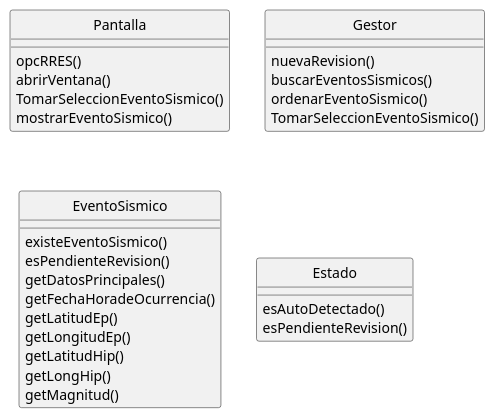
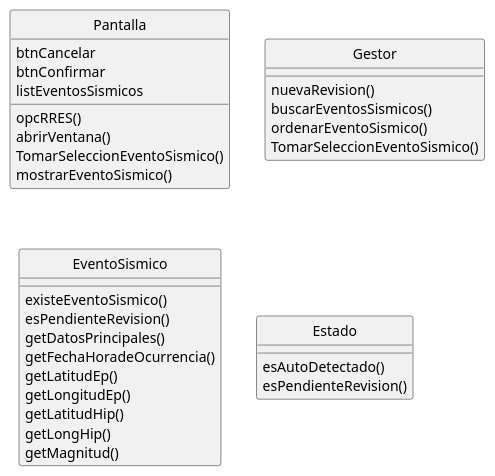
Before and after one commit to milipereyra/prueba1dsw: the diagram in DiagramaClases.puml, drawn with PlantUML.

Commit message:
Agregado de atributos a la clase Pantalla

```diff
--- a/DiagramaClases.puml
+++ b/DiagramaClases.puml
@@ -1,36 +1,39 @@
 @startuml DiagramaClases
 hide circle
 
 Class Pantalla{
+    btnCancelar
+    btnConfirmar
+    listEventosSismicos
     opcRRES()
     abrirVentana()
     TomarSeleccionEventoSismico()
     mostrarEventoSismico()
 }
 
 Class Gestor{
     nuevaRevision()
     buscarEventosSismicos()
     ordenarEventoSismico()
     TomarSeleccionEventoSismico()
 }
 
 Class EventoSismico{
     existeEventoSismico()
     esPendienteRevision()
     getDatosPrincipales()
     getFechaHoradeOcurrencia()
     getLatitudEp()
     getLongitudEp()
     getLatitudHip()
     getLongHip()
     getMagnitud()
 }
 
 Class Estado{
     esAutoDetectado()
     esPendienteRevision()
 }
 
 
 @enduml
```
